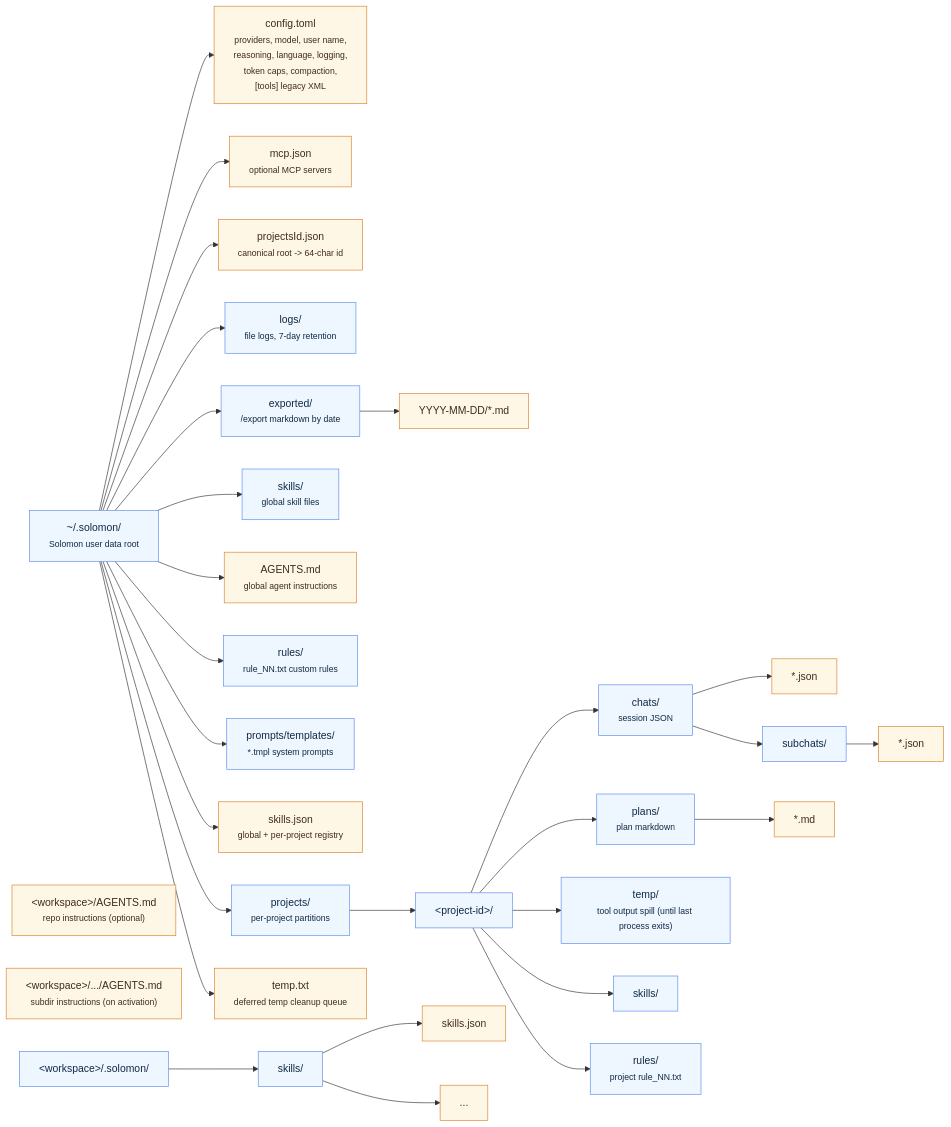
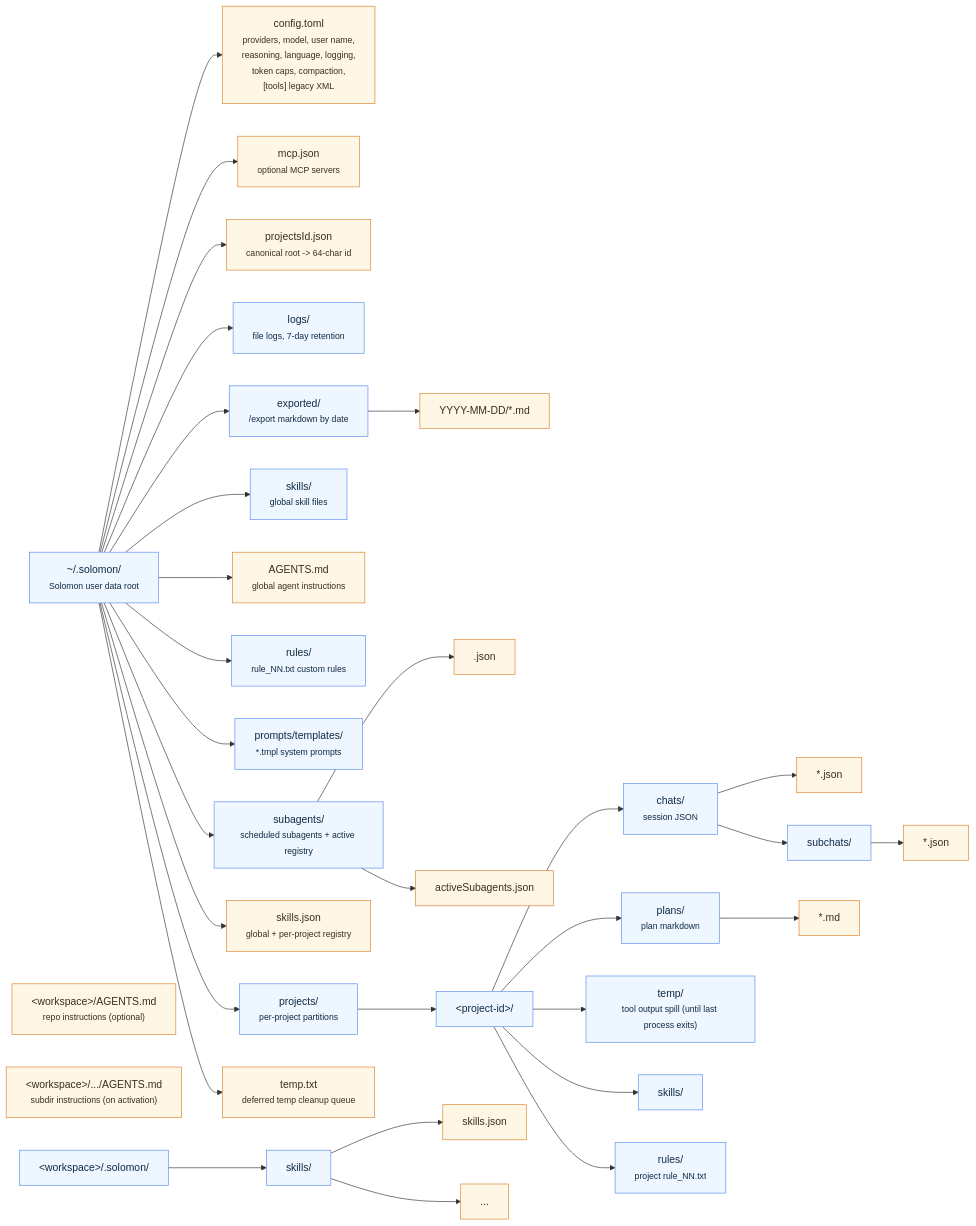
The diagram in docs/user-guide/data-layout.md (SAPPHIR3-ROS3/Solomon), drawn with Mermaid before and after one commit. The commit also changed other lines of this file and 5 other files, not shown here.

````diff
--- a/docs/user-guide/data-layout.md
+++ b/docs/user-guide/data-layout.md
@@ -5,70 +5,76 @@
 ```mermaid
 flowchart LR
   home["~/.solomon/<br/><small>Solomon user data root</small>"]
 
   config["config.toml<br/><small>providers, model, user name,<br/>reasoning, language, logging,<br/>token caps, compaction,<br/>[tools] legacy XML</small>"]
   mcpConfig["mcp.json<br/><small>optional MCP servers</small>"]
   projectMap["projectsId.json<br/><small>canonical root -> 64-char id</small>"]
   logs["logs/<br/><small>file logs, 7-day retention</small>"]
   exported["exported/<br/><small>/export markdown by date</small>"]
   exportFile["YYYY-MM-DD/*.md"]
   globalSkillsDir["skills/<br/><small>global skill files</small>"]
   globalAgents["AGENTS.md<br/><small>global agent instructions</small>"]
   globalRules["rules/<br/><small>rule_NN.txt custom rules</small>"]
   promptTemplates["prompts/templates/<br/><small>*.tmpl system prompts</small>"]
+  subagents["subagents/<br/><small>scheduled subagents + active registry</small>"]
+  scheduledSubagent["<subchat-id>.json"]
+  activeSubagents["activeSubagents.json"]
   skillsRegistry["skills.json<br/><small>global + per-project registry</small>"]
 
   projects["projects/<br/><small>per-project partitions</small>"]
   projectNode["&lt;project-id&gt;/"]
   chats["chats/<br/><small>session JSON</small>"]
   chatFile["*.json"]
   subchats["subchats/"]
   subchatFile["*.json"]
   plans["plans/<br/><small>plan markdown</small>"]
   planFile["*.md"]
   temp["temp/<br/><small>tool output spill (until last process exits)</small>"]
   tempQueue["temp.txt<br/><small>deferred temp cleanup queue</small>"]
   projectSkills["skills/"]
   projectRules["rules/<br/><small>project rule_NN.txt</small>"]
 
   repoAgents["&lt;workspace&gt;/AGENTS.md<br/><small>repo instructions (optional)</small>"]
   repoSubAgents["&lt;workspace&gt;/.../AGENTS.md<br/><small>subdir instructions (on activation)</small>"]
 
   workspaceRoot["&lt;workspace&gt;/.solomon/"]
   workspaceSkills["skills/"]
   localMirror["skills.json"]
   localFiles["..."]
 
   home --> config
   home --> mcpConfig
   home --> projectMap
   home --> logs
   home --> exported
   exported --> exportFile
   home --> tempQueue
   home --> globalSkillsDir
   home --> globalAgents
   home --> globalRules
   home --> promptTemplates
+  home --> subagents
+  subagents --> scheduledSubagent
+  subagents --> activeSubagents
   home --> skillsRegistry
   home --> projects
   projects --> projectNode
   projectNode --> chats
   chats --> chatFile
   chats --> subchats
   subchats --> subchatFile
   projectNode --> plans
   plans --> planFile
   projectNode --> temp
   projectNode --> projectSkills
   projectNode --> projectRules
 
   workspaceRoot --> workspaceSkills
   workspaceSkills --> localMirror
   workspaceSkills --> localFiles
 
   classDef folder fill:#eef6ff,stroke:#5b8def,color:#102a43
   classDef file fill:#fff7e6,stroke:#d9822b,color:#3d2b1f
-  class home,logs,exported,globalSkillsDir,globalRules,promptTemplates,projects,projectNode,chats,subchats,plans,temp,projectSkills,projectRules,workspaceRoot,workspaceSkills folder
-  class config,mcpConfig,projectMap,skillsRegistry,tempQueue,chatFile,subchatFile,planFile,exportFile,localMirror,localFiles,globalAgents,repoAgents,repoSubAgents file
+  class home,logs,exported,globalSkillsDir,globalRules,promptTemplates,subagents,projects,projectNode,chats,subchats,plans,temp,projectSkills,projectRules,workspaceRoot,workspaceSkills folder
+  class config,mcpConfig,projectMap,skillsRegistry,tempQueue,chatFile,subchatFile,scheduledSubagent,activeSubagents,planFile,exportFile,localMirror,localFiles,globalAgents,repoAgents,repoSubAgents file
 ```
````
